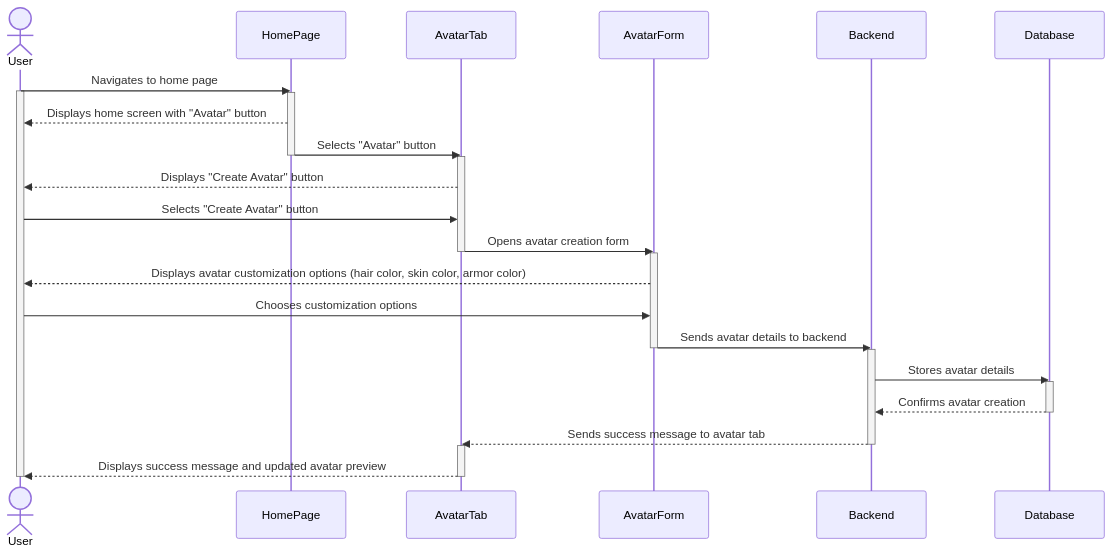
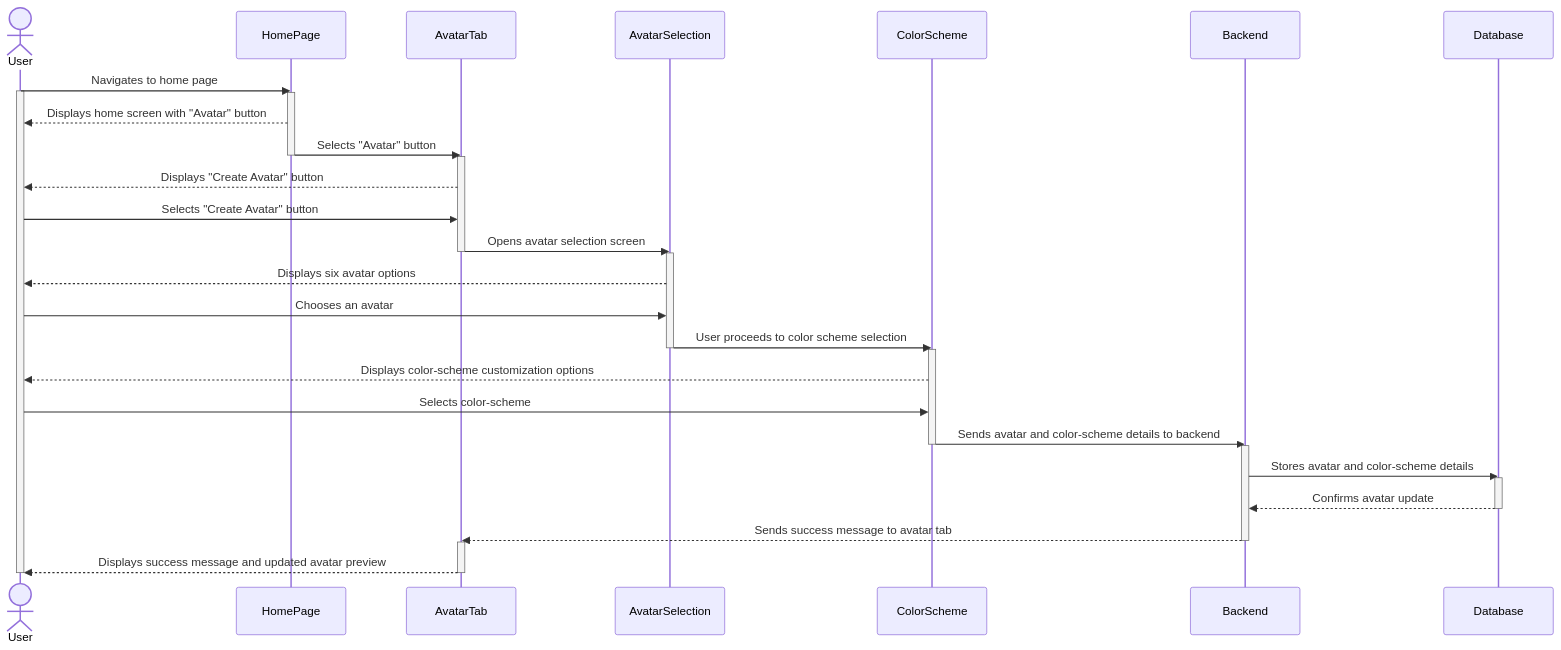
One commit to capstone-projects-2024-fall/devs-and-dragons changed the fourth of 12 diagrams in documentation/docs/system-architecture/sequence-diagrams.md. Above: the diagram before and after it, drawn with Mermaid. The commit also changed other lines of this file, not shown here.

Commit message:
Update sequence diagram use case 4

````diff
--- a/documentation/docs/system-architecture/sequence-diagrams.md
+++ b/documentation/docs/system-architecture/sequence-diagrams.md
@@ -184,42 +184,48 @@
 ```mermaid
 sequenceDiagram
     actor User
     participant HomePage
     participant AvatarTab
-    participant AvatarForm
+    participant AvatarSelection
+    participant ColorScheme
     participant Backend
     participant Database
 
     User->>HomePage: Navigates to home page
     activate User
     activate HomePage
     HomePage-->>User: Displays home screen with "Avatar" button
     HomePage->>AvatarTab: Selects "Avatar" button
     deactivate HomePage
 
     activate AvatarTab
     AvatarTab-->>User: Displays "Create Avatar" button
     User->>AvatarTab: Selects "Create Avatar" button
-    AvatarTab->>AvatarForm: Opens avatar creation form
+    AvatarTab->>AvatarSelection: Opens avatar selection screen
     deactivate AvatarTab
 
-    activate AvatarForm
-    AvatarForm-->>User: Displays avatar customization options (hair color, skin color, armor color)
-    User->>AvatarForm: Chooses customization options
-    AvatarForm->>Backend: Sends avatar details to backend
-    deactivate AvatarForm
+    activate AvatarSelection
+    AvatarSelection-->>User: Displays six avatar options
+    User->>AvatarSelection: Chooses an avatar
+    AvatarSelection->>ColorScheme: User proceeds to color scheme selection
+    deactivate AvatarSelection
+
+    activate ColorScheme
+    ColorScheme-->>User: Displays color-scheme customization options
+    User->>ColorScheme: Selects color-scheme
+    ColorScheme->>Backend: Sends avatar and color-scheme details to backend
+    deactivate ColorScheme
 
     activate Backend
-    Backend->>Database: Stores avatar details
+    Backend->>Database: Stores avatar and color-scheme details
     activate Database
-    Database-->>Backend: Confirms avatar creation
+    Database-->>Backend: Confirms avatar update
     deactivate Database
     Backend-->>AvatarTab: Sends success message to avatar tab
     deactivate Backend
 
     activate AvatarTab
     AvatarTab-->>User: Displays success message and updated avatar preview
     deactivate AvatarTab
-    deactivate User
-    
+    deactivate User 
 ```
````
